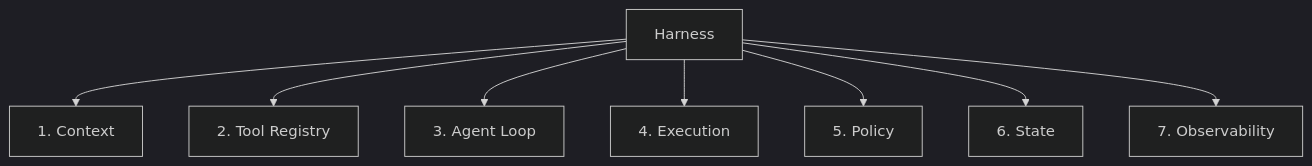
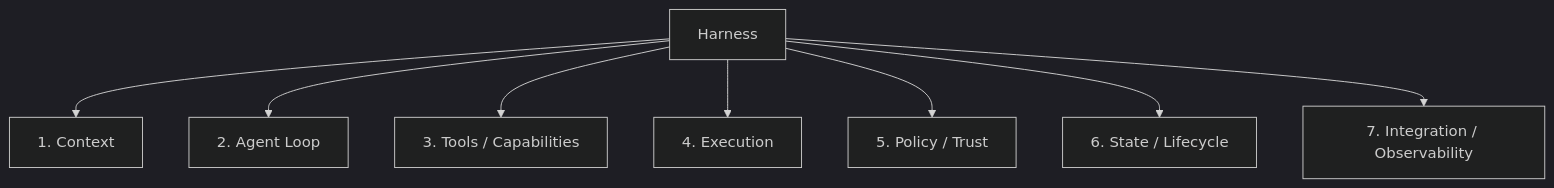
Before and after one commit to indigofeather/harness-book: the third of 5 diagrams in docs/foundations/what-is-harness.md, drawn with Mermaid (dark theme). The commit also changed other lines of this file and 48 other files, not shown here.

````diff
--- a/docs/foundations/what-is-harness.md
+++ b/docs/foundations/what-is-harness.md
@@ -88,11 +76,11 @@
 ```mermaid
 flowchart TB
   H[Harness]
   H --> C[1. Context]
-  H --> T[2. Tool Registry]
-  H --> L[3. Agent Loop]
+  H --> L[2. Agent Loop]
+  H --> T[3. Tools / Capabilities]
   H --> E[4. Execution]
-  H --> P[5. Policy]
-  H --> S[6. State]
-  H --> O[7. Observability]
+  H --> P[5. Policy / Trust]
+  H --> S[6. State / Lifecycle]
+  H --> I[7. Integration / Observability]
 ```
````
